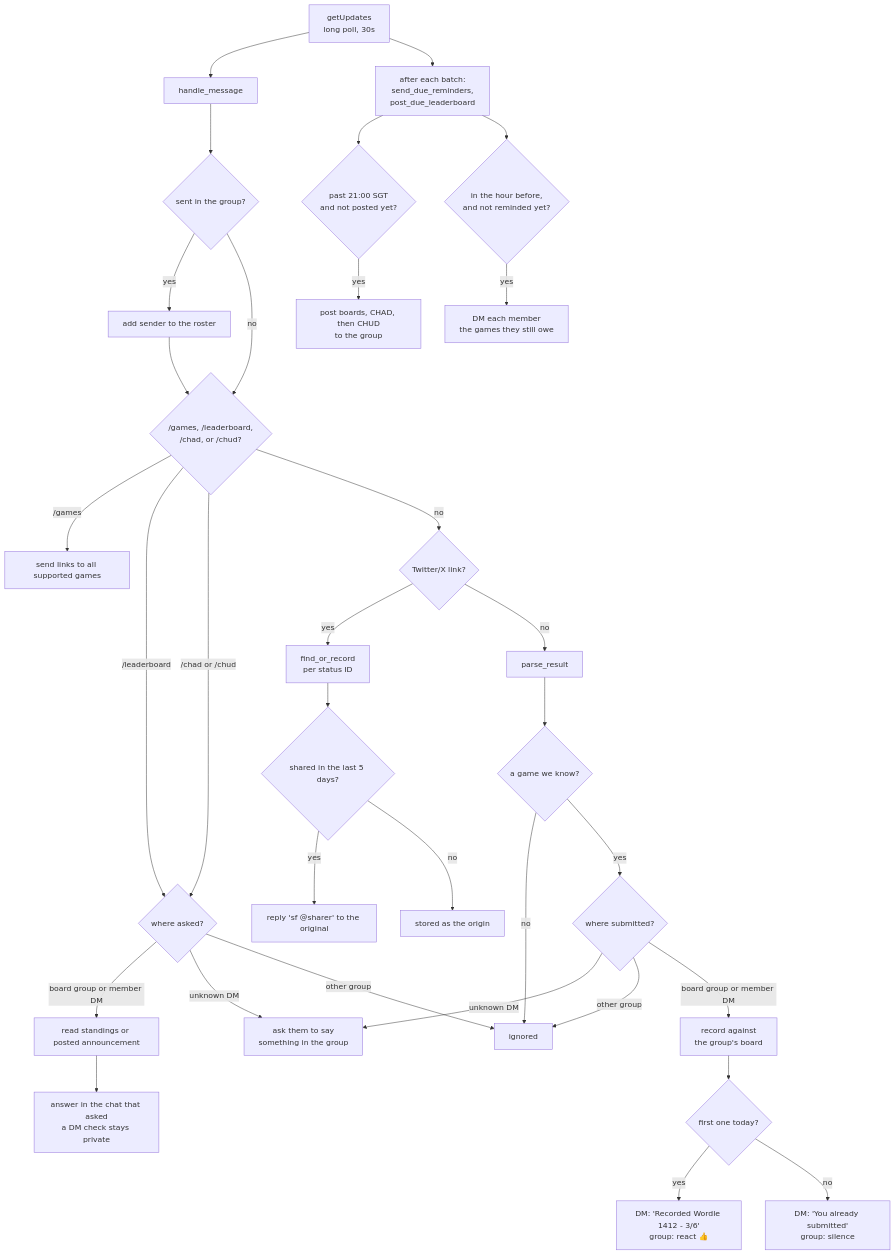
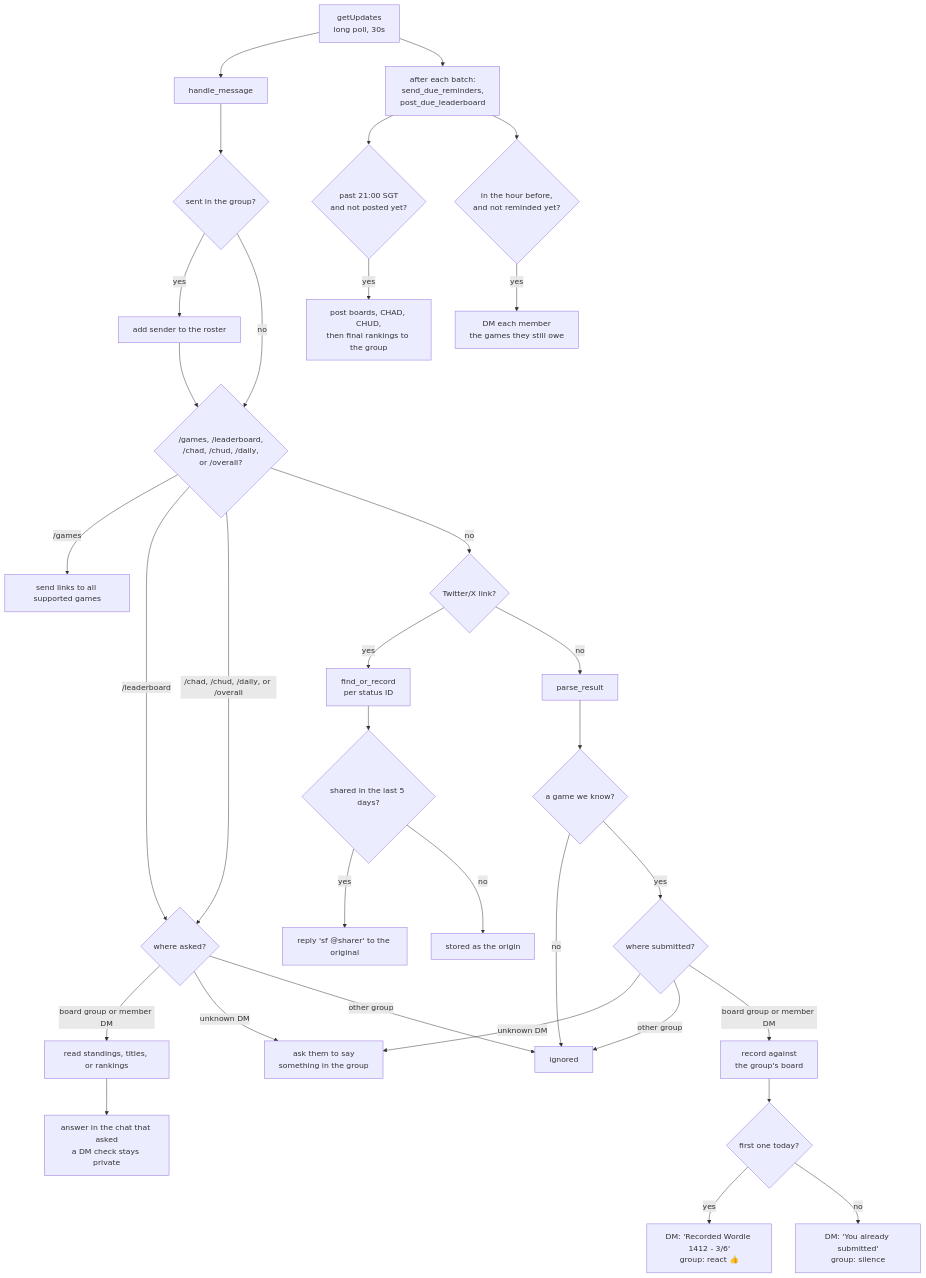
Before and after one commit to kienanana/sfbot: the diagram in README.md, drawn with Mermaid. The commit also changed other lines of this file and 4 other files, not shown here.

First line of the commit message:
feat: daily and overall leaderboards + streaks

````diff
--- a/README.md
+++ b/README.md
@@ -70,41 +70,41 @@
 ```mermaid
 flowchart TD
     A["getUpdates<br/>long poll, 30s"] --> B["handle_message"]
 
     B --> Z{"sent in the group?"}
     Z -->|yes| Z2["add sender to the roster"]
     Z2 --> C
     Z -->|no| C
 
-    C{"/games, /leaderboard,<br/>/chad, or /chud?"}
+    C{"/games, /leaderboard,<br/>/chad, /chud, /daily,<br/>or /overall?"}
     C -->|/games| D4["send links to all supported games"]
     C -->|/leaderboard| D{"where asked?"}
-    C -->|/chad or /chud| D
-    D -->|board group or member DM| D3["read standings or posted announcement"]
+    C -->|/chad, /chud, /daily, or /overall| D
+    D -->|board group or member DM| D3["read standings, titles, or rankings"]
     D -->|unknown DM| D2["ask them to say<br/>something in the group"]
     D -->|other group| M
     D3 --> E["answer in the chat that asked<br/>a DM check stays private"]
 
     C -->|no| F{"Twitter/X link?"}
     F -->|yes| G["find_or_record<br/>per status ID"]
     G --> H{"shared in the last 5 days?"}
     H -->|yes| I["reply 'sf @sharer' to the original"]
     H -->|no| J["stored as the origin"]
 
     F -->|no| K["parse_result"]
     K --> L{"a game we know?"}
     L -->|no| M["ignored"]
     L -->|yes| L2{"where submitted?"}
     L2 -->|unknown DM| D2
     L2 -->|other group| M
     L2 -->|board group or member DM| N["record against<br/>the group's board"]
     N --> O{"first one today?"}
     O -->|yes| P["DM: 'Recorded Wordle 1412 - 3/6'<br/>group: react 👍"]
     O -->|no| Q["DM: 'You already submitted'<br/>group: silence"]
 
     A --> R["after each batch:<br/>send_due_reminders,<br/>post_due_leaderboard"]
     R --> S{"past 21:00 SGT<br/>and not posted yet?"}
-    S -->|yes| T["post boards, CHAD, then CHUD<br/>to the group"]
+    S -->|yes| T["post boards, CHAD, CHUD,<br/>then final rankings to the group"]
     R --> U{"in the hour before,<br/>and not reminded yet?"}
     U -->|yes| V["DM each member<br/>the games they still owe"]
 ```
````
